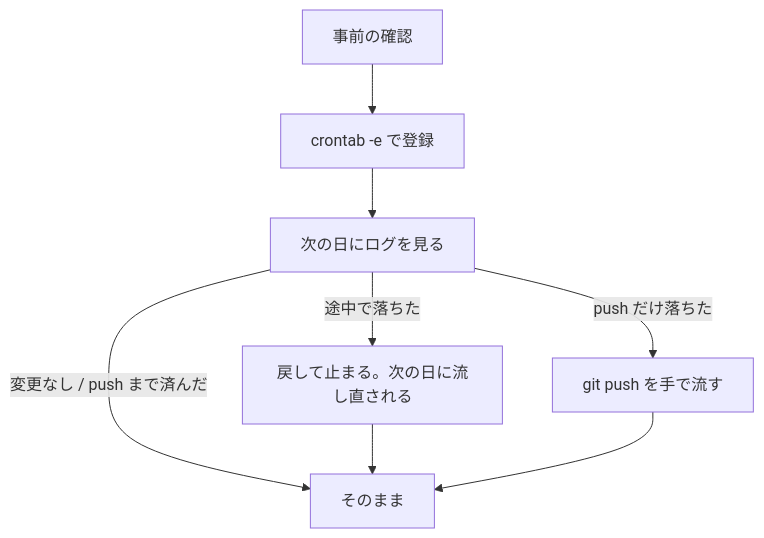
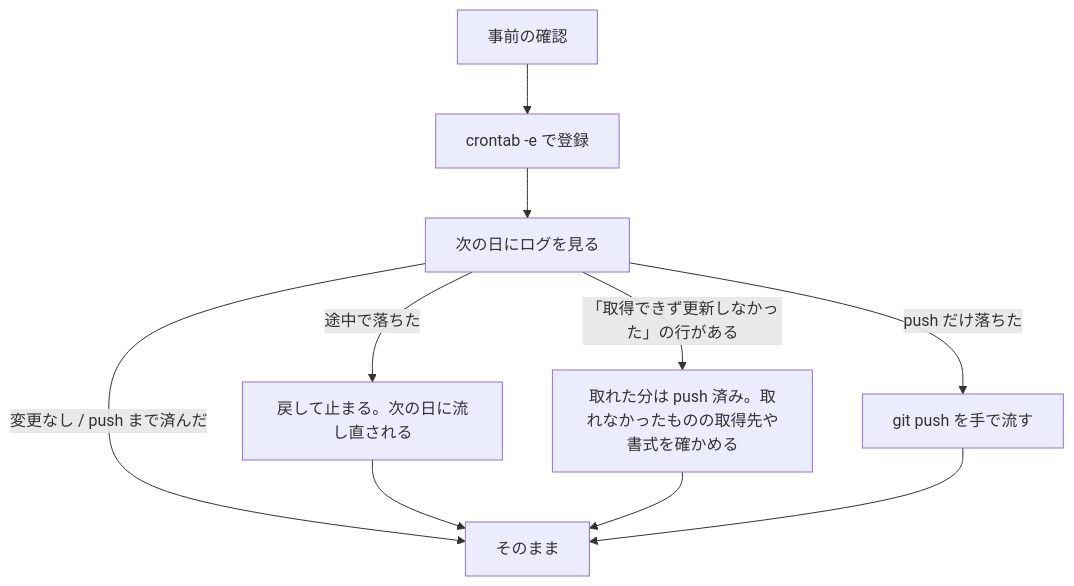
One commit to ytani01/jp-long-typing changed the second of 2 diagrams in docs/update-release-notes.md. Above: the diagram before and after it, drawn with Mermaid. The commit also changed other lines of this file and 14 other files, not shown here.

````diff
--- a/docs/update-release-notes.md
+++ b/docs/update-release-notes.md
@@ -89,7 +91,8 @@
 ```mermaid
 flowchart TD
   A[事前の確認] --> B["crontab -e で登録"] --> C[次の日にログを見る]
   C -->|変更なし / push まで済んだ| D[そのまま]
   C -->|途中で落ちた| F[戻して止まる。次の日に流し直される] --> D
+  C -->|「取得できず更新しなかった」の行がある| G[取れた分は push 済み。取れなかったものの取得先や書式を確かめる] --> D
   C -->|push だけ落ちた| E["git push を手で流す"] --> D
 ```
````
